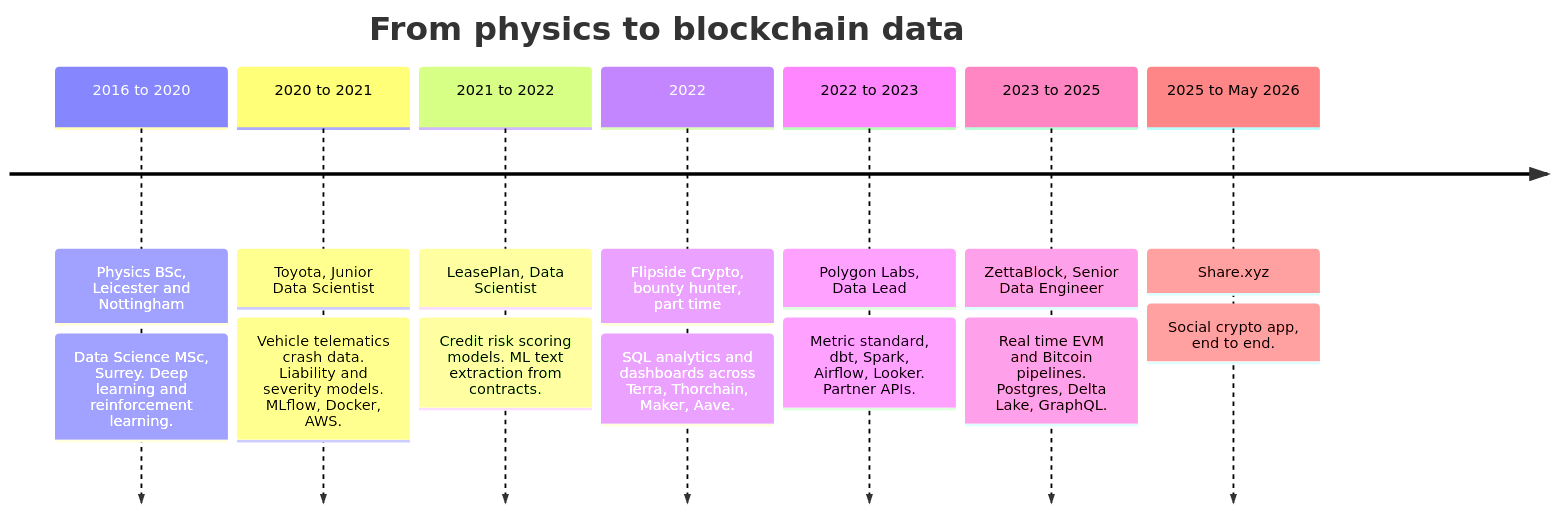
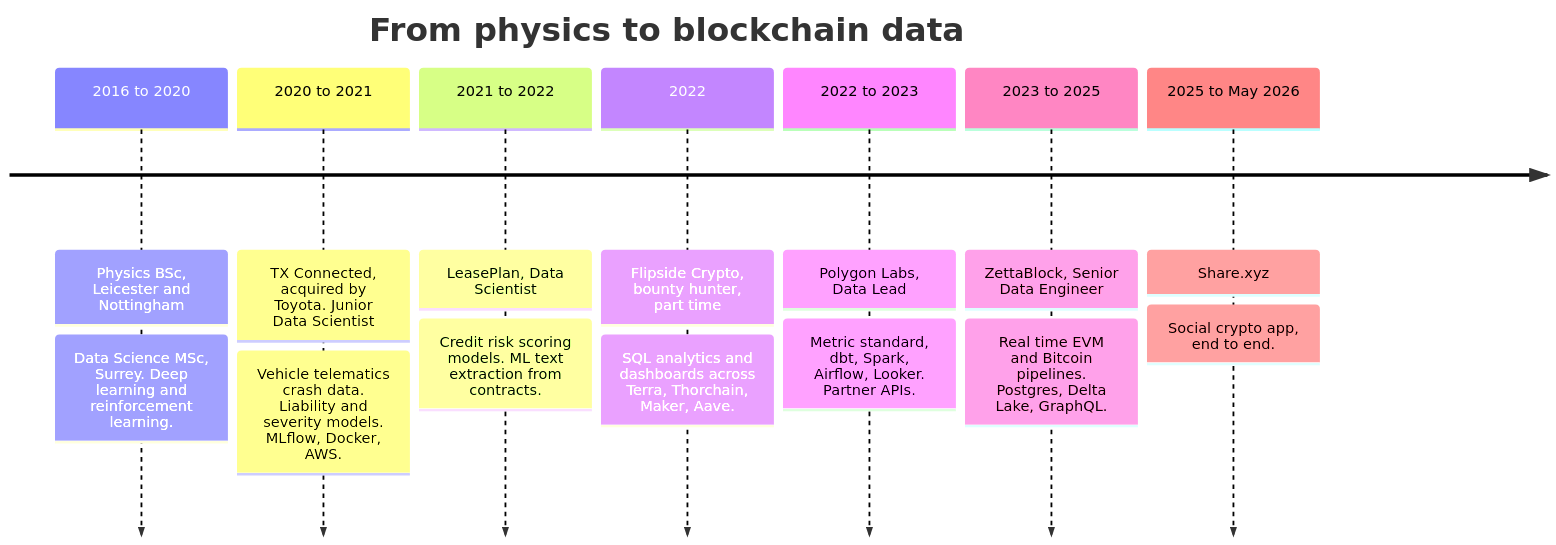
The first of 2 diagrams in README.md (KonScanner/KonScanner), drawn with Mermaid before and after one commit. The commit also changed other lines of this file, not shown here.

````diff
--- a/README.md
+++ b/README.md
@@ -20,11 +20,11 @@
 ```mermaid
 timeline
     title From physics to blockchain data
     2016 to 2020 : Physics BSc, Leicester and Nottingham : Data Science MSc, Surrey. Deep learning and reinforcement learning.
-    2020 to 2021 : Toyota, Junior Data Scientist : Vehicle telematics crash data. Liability and severity models. MLflow, Docker, AWS.
+    2020 to 2021 : TX Connected, acquired by Toyota. Junior Data Scientist : Vehicle telematics crash data. Liability and severity models. MLflow, Docker, AWS.
     2021 to 2022 : LeasePlan, Data Scientist : Credit risk scoring models. ML text extraction from contracts.
     2022 : Flipside Crypto, bounty hunter, part time : SQL analytics and dashboards across Terra, Thorchain, Maker, Aave.
     2022 to 2023 : Polygon Labs, Data Lead : Metric standard, dbt, Spark, Airflow, Looker. Partner APIs.
     2023 to 2025 : ZettaBlock, Senior Data Engineer : Real time EVM and Bitcoin pipelines. Postgres, Delta Lake, GraphQL.
     2025 to May 2026 : Share.xyz : Social crypto app, end to end.
 ```
````
